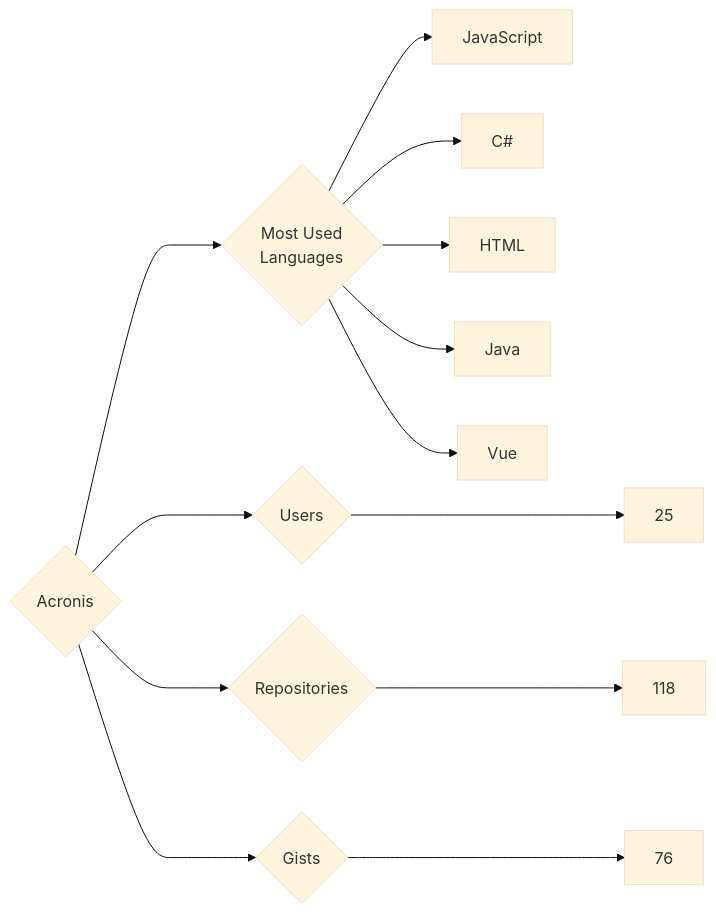
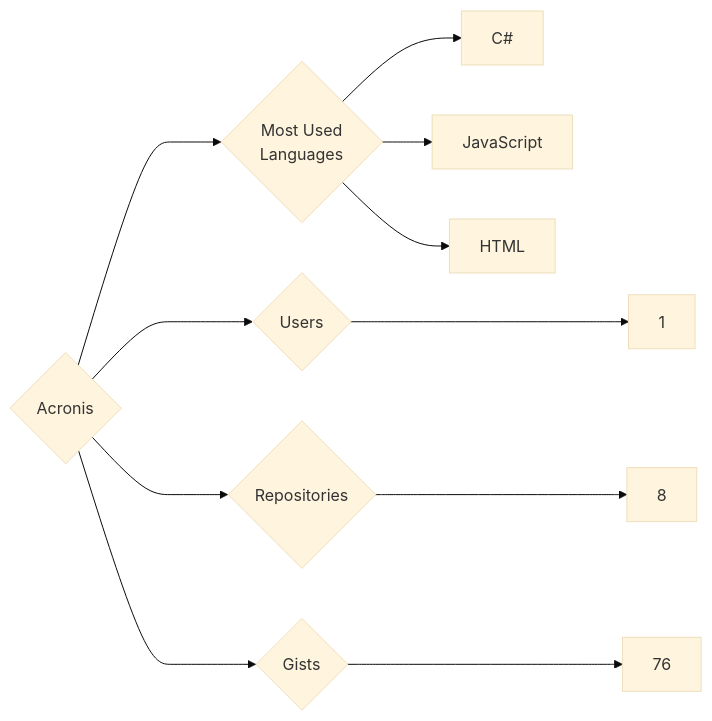
The diagram in targets/Acronis/README.md (trickest/insiders), drawn with Mermaid (base theme) before and after one commit. The commit also changed 610 other files, not shown here.

````diff
--- a/targets/Acronis/README.md
+++ b/targets/Acronis/README.md
@@ -3,13 +3,11 @@
 ```mermaid
 graph LR
 COMPANY_NAME{Acronis}
-COMPANY_NAME ---> U{Users} ---> UN[25]
-COMPANY_NAME ---> R{Repositories} ---> RN[118]
+COMPANY_NAME ---> U{Users} ---> UN[1]
+COMPANY_NAME ---> R{Repositories} ---> RN[8]
 COMPANY_NAME ---> G{Gists} ---> GN[76]
 COMPANY_NAME ---> ML{Most Used<br>Languages}
+ML --> C#[C#]
 ML --> JavaScript[JavaScript]
-ML --> C#[C#]
 ML --> HTML[HTML]
-ML --> Java[Java]
-ML --> Vue[Vue]
 ```
````
